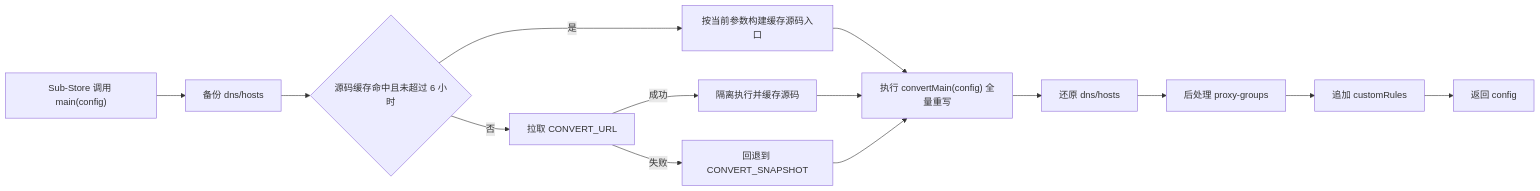
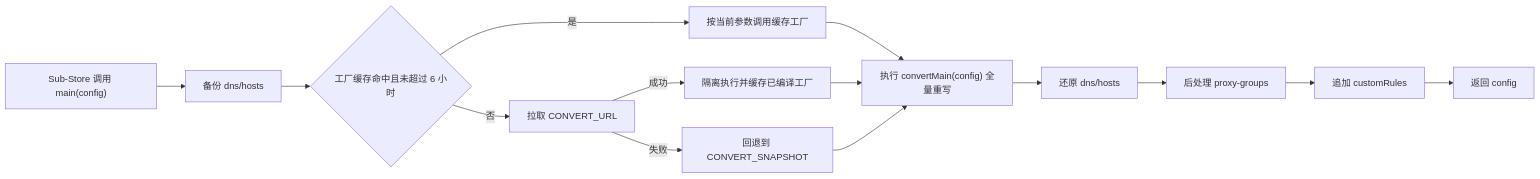
Before and after one commit to lijianbin2/1: the diagram in README.md, drawn with Mermaid. The commit also changed other lines of this file and 2 other files, not shown here.

````diff
--- a/README.md
+++ b/README.md
@@ -62,16 +62,16 @@
 ```mermaid
 flowchart LR
   A["Sub-Store 调用 main(config)"] --> B["备份 dns/hosts"]
-  B --> C{"源码缓存命中且未超过 6 小时"}
-  C -->|是| D["按当前参数构建缓存源码入口"]
+  B --> C{"工厂缓存命中且未超过 6 小时"}
+  C -->|是| D["按当前参数调用缓存工厂"]
   C -->|否| E["拉取 CONVERT_URL"]
-  E -->|成功| F["隔离执行并缓存源码"]
+  E -->|成功| F["隔离执行并缓存已编译工厂"]
   E -->|失败| G["回退到 CONVERT_SNAPSHOT"]
   D --> H["执行 convertMain(config) 全量重写"]
   F --> H
   G --> H
   H --> I["还原 dns/hosts"]
   I --> J["后处理 proxy-groups"]
   J --> K["追加 customRules"]
   K --> L["返回 config"]
 ```
````
